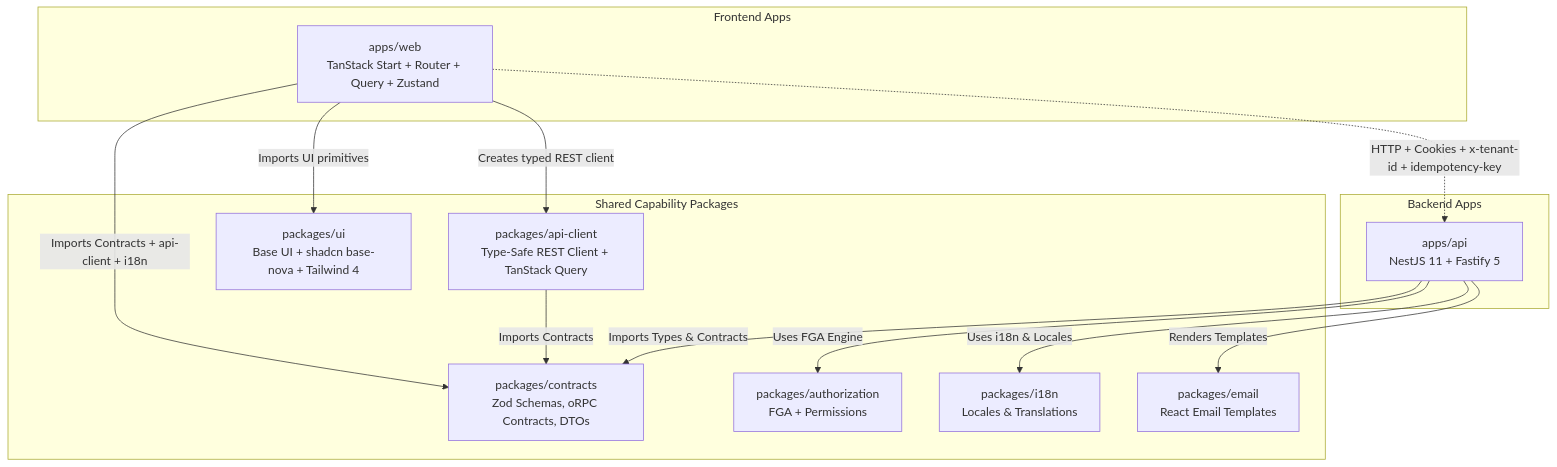
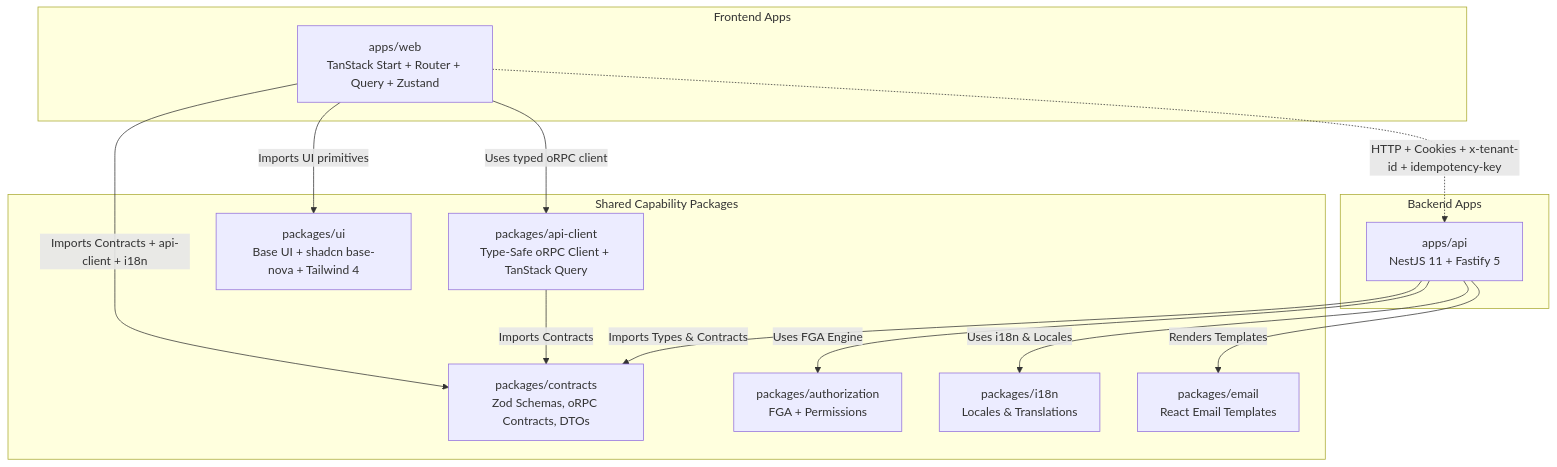
Before and after one commit to ihssmaheel-dev/modular-monolith-architecture: the first of 3 diagrams in ARCHITECTURE.md, drawn with Mermaid. The commit also changed other lines of this file and 74 other files, not shown here.

Commit message:
fix: harden modular monolith starter architecture

````diff
--- a/ARCHITECTURE.md
+++ b/ARCHITECTURE.md
@@ -15,30 +15,30 @@
 ```mermaid
 graph TD
     subgraph Frontend Apps
         Web[apps/web<br>TanStack Start + Router + Query + Zustand]
     end
 
     subgraph Backend Apps
         A[apps/api<br>NestJS 11 + Fastify 5]
     end
 
     subgraph Shared Capability Packages
         S[packages/contracts<br>Zod Schemas, oRPC Contracts, DTOs]
         AuthZ[packages/authorization<br>FGA + Permissions]
         I18N[packages/i18n<br>Locales & Translations]
-        Client[packages/api-client<br>Type-Safe REST Client + TanStack Query]
+        Client[packages/api-client<br>Type-Safe oRPC Client + TanStack Query]
         UI[packages/ui<br>Base UI + shadcn base-nova + Tailwind 4]
         Email[packages/email<br>React Email Templates]
     end
 
     A -->|Imports Types & Contracts| S
     A -->|Uses FGA Engine| AuthZ
     A -->|Uses i18n & Locales| I18N
     A -->|Renders Templates| Email
     Client -->|Imports Contracts| S
     Web -->|Imports Contracts + api-client + i18n| S
     Web -->|Imports UI primitives| UI
-    Web -->|Creates typed REST client| Client
+    Web -->|Uses typed oRPC client| Client
 
     Web -.->|HTTP + Cookies + x-tenant-id + idempotency-key| A
 ```
````
